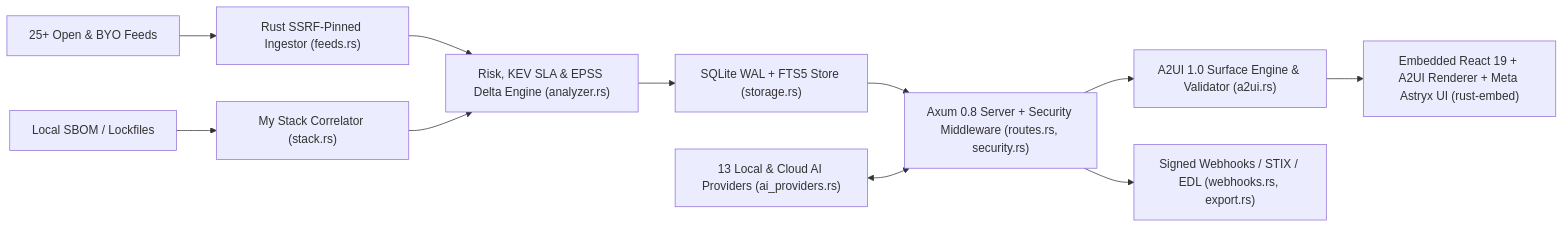
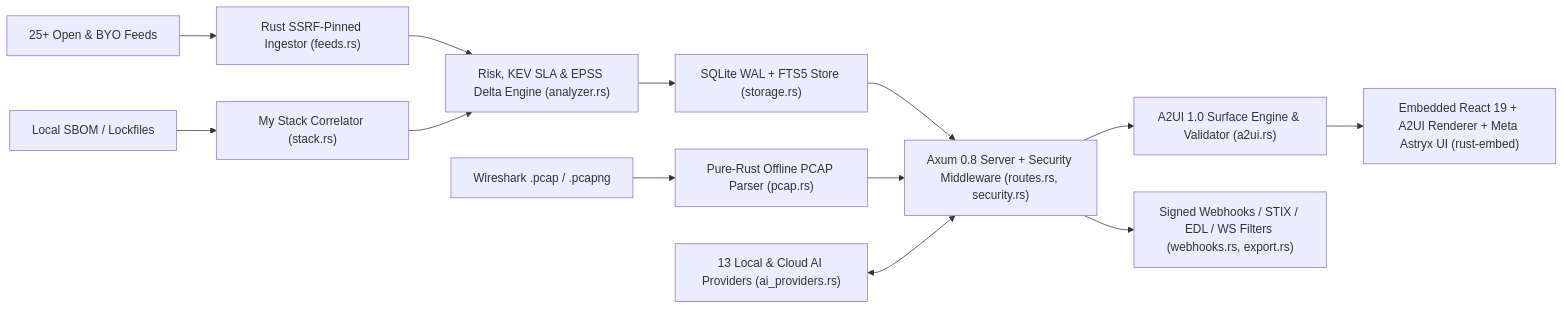
Before and after one commit to AiBrainWorXdotCom/aibrainworx-ai-threat-board: the diagram in README.md, drawn with Mermaid. The commit also changed other lines of this file and 19 other files, not shown here.

Commit message:
feat(wireshark): add pure-Rust offline PCAP/PCAPNG triage & Wireshark display filters (v0.5.0)

````diff
--- a/README.md
+++ b/README.md
@@ -250,13 +260,15 @@
 ```mermaid
 flowchart LR
     Feeds["25+ Open & BYO Feeds"] --> Ingest["Rust SSRF-Pinned Ingestor (feeds.rs)"]
     SBOM["Local SBOM / Lockfiles"] --> Stack["My Stack Correlator (stack.rs)"]
+    PCAP["Wireshark .pcap / .pcapng"] --> PcapEngine["Pure-Rust Offline PCAP Parser (pcap.rs)"]
     Ingest --> Engine["Risk, KEV SLA & EPSS Delta Engine (analyzer.rs)"]
     Stack --> Engine
     Engine --> DB["SQLite WAL + FTS5 Store (storage.rs)"]
     DB --> API["Axum 0.8 Server + Security Middleware (routes.rs, security.rs)"]
+    PcapEngine --> API
     AI["13 Local & Cloud AI Providers (ai_providers.rs)"] <--> API
     API --> A2UI["A2UI 1.0 Surface Engine & Validator (a2ui.rs)"]
-    API --> Hooks["Signed Webhooks / STIX / EDL (webhooks.rs, export.rs)"]
+    API --> Hooks["Signed Webhooks / STIX / EDL / WS Filters (webhooks.rs, export.rs)"]
     A2UI --> UI["Embedded React 19 + A2UI Renderer + Meta Astryx UI (rust-embed)"]
 ```
````
